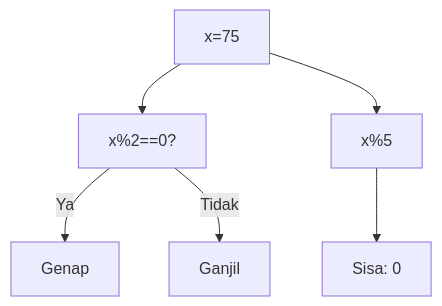
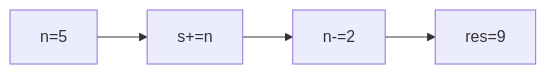
The fourth of 25 diagrams in part-c-pemahaman-cpp/03-perulangan/latihan/set-06.md (amnahwaida/OSNK_INF_PREP), drawn with Mermaid before and after one commit. The commit also changed other lines of this file and 71 other files, not shown here.

````diff
--- a/part-c-pemahaman-cpp/03-perulangan/latihan/set-06.md
+++ b/part-c-pemahaman-cpp/03-perulangan/latihan/set-06.md
@@ -113,8 +102,6 @@
 ```mermaid
-graph TD
-A["x=75"] --> B["x%2==0?"]
-B -- Ya --> C["Genap"]
-B -- Tidak --> D["Ganjil"]
-A --> E["x%5"]
-E --> F["Sisa: 0"]
+graph LR
+A["n=5"] --> B["s+=n"]
+B --> C["n-=2"]
+C --> D["res=9"]
 ```
````
